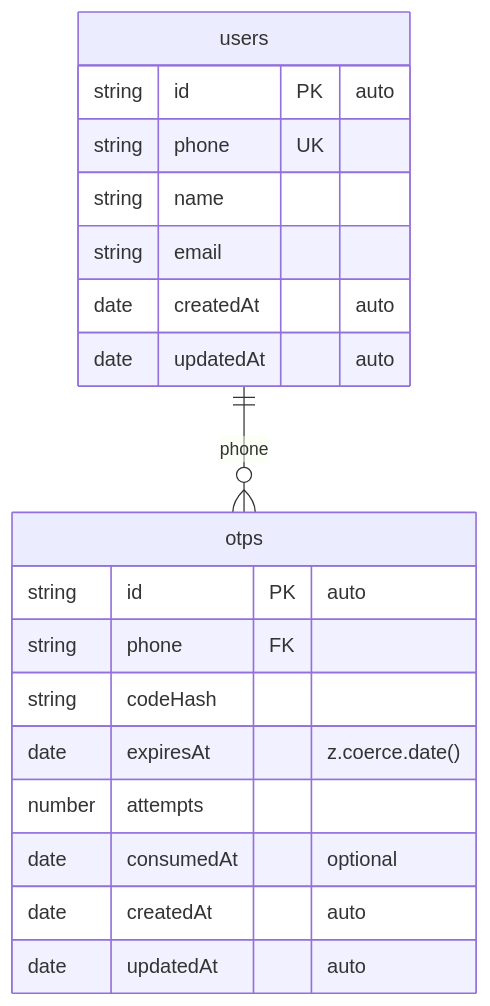
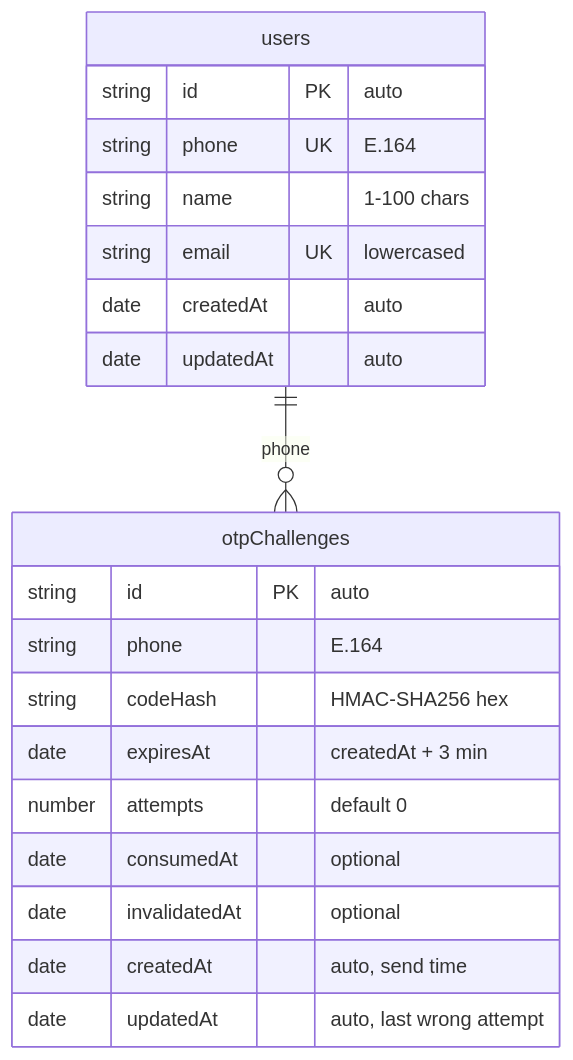
One commit to ormizj/OtpAuthAssessment changed the eighth of 10 diagrams in FLOW.md. Above: the diagram before and after it, drawn with Mermaid. The commit also changed other lines of this file and 2 other files, not shown here.

Commit message:
Document assumptions and update flow diagrams to the implemented app

````diff
--- a/FLOW.md
+++ b/FLOW.md
@@ -263,22 +295,23 @@
 ```mermaid
 erDiagram
     users {
         string id PK "auto"
-        string phone UK
-        string name
-        string email
+        string phone UK "E.164"
+        string name "1-100 chars"
+        string email UK "lowercased"
         date createdAt "auto"
         date updatedAt "auto"
     }
-    otps {
+    otpChallenges {
         string id PK "auto"
-        string phone FK
-        string codeHash
-        date expiresAt "z.coerce.date()"
-        number attempts
+        string phone "E.164"
+        string codeHash "HMAC-SHA256 hex"
+        date expiresAt "createdAt + 3 min"
+        number attempts "default 0"
         date consumedAt "optional"
-        date createdAt "auto"
-        date updatedAt "auto"
+        date invalidatedAt "optional"
+        date createdAt "auto, send time"
+        date updatedAt "auto, last wrong attempt"
     }
-    users ||--o{ otps : "phone"
+    users ||--o{ otpChallenges : "phone"
 ```
````
